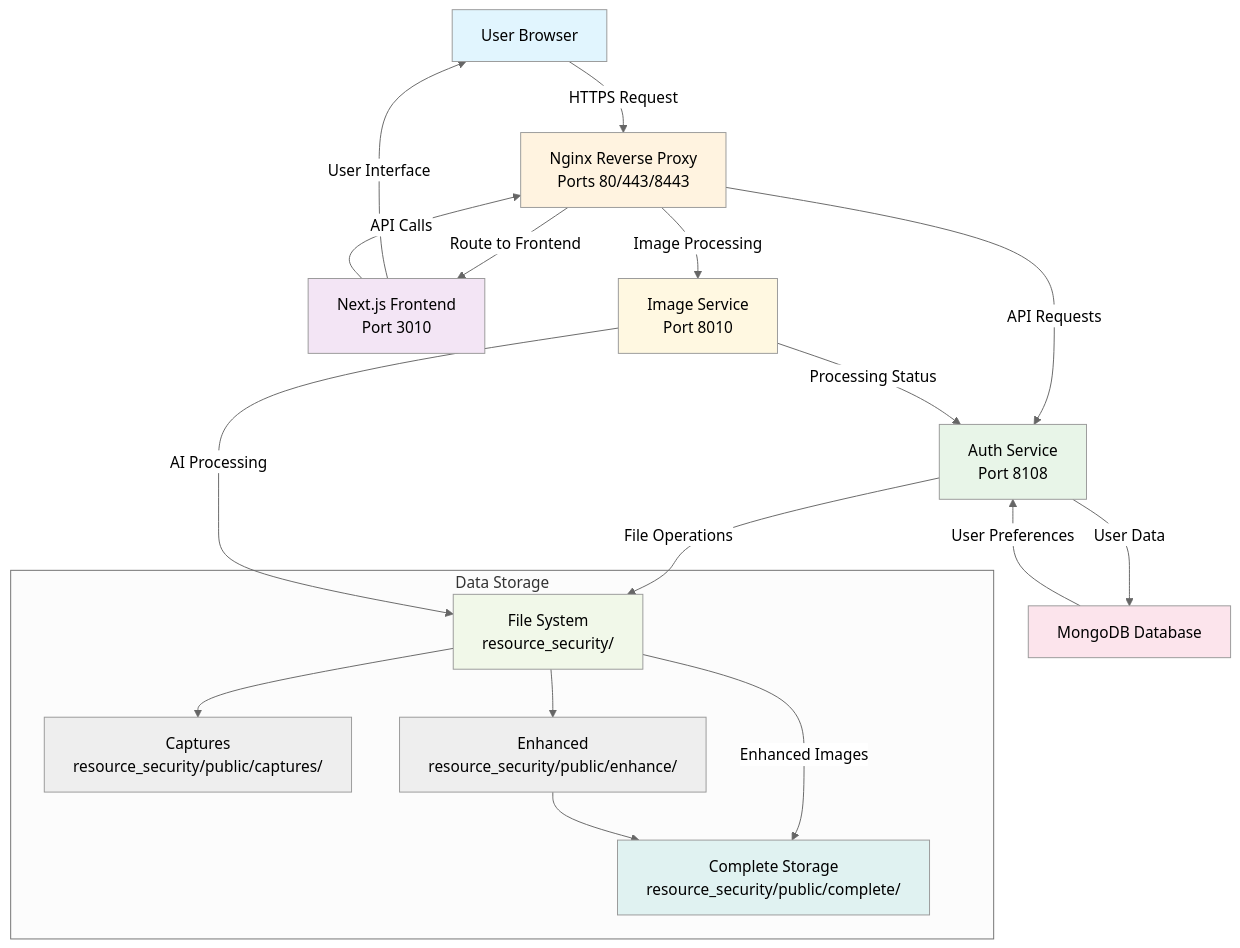
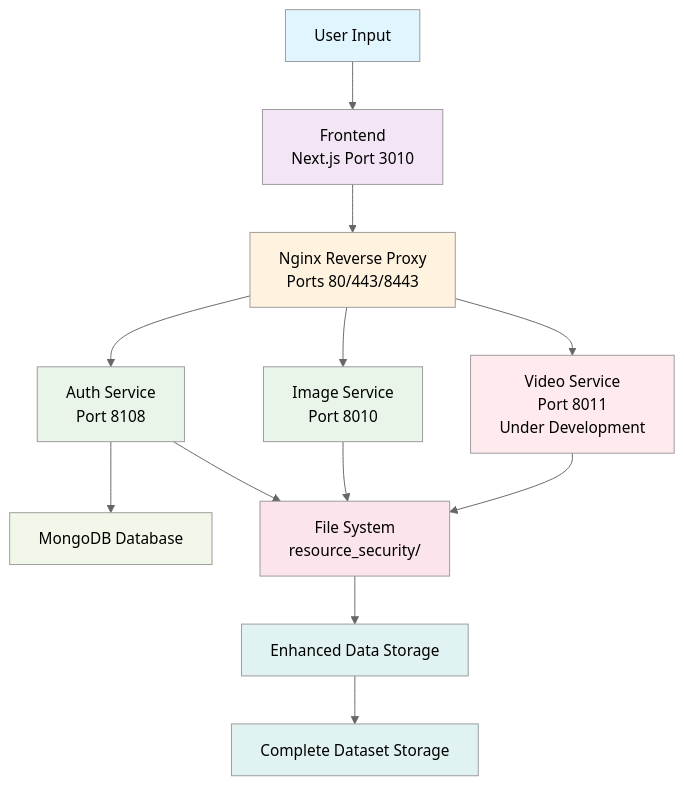
One commit to porchportal/Main_Web_EyeTracking changed the second of 2 diagrams in ARCHITECTURE_SEQUENCE_DIAGRAM.md. Above: the diagram before and after it, drawn with Mermaid (neutral theme). The commit also changed other lines of this file, not shown here.

````diff
--- a/ARCHITECTURE_SEQUENCE_DIAGRAM.md
+++ b/ARCHITECTURE_SEQUENCE_DIAGRAM.md
@@ -171,39 +171,28 @@
 ```mermaid
 flowchart TD
-    A[User Browser] -->|HTTPS Request| B[Nginx Reverse Proxy<br/>Ports 80/443/8443]
-    B -->|Route to Frontend| C[Next.js Frontend<br/>Port 3010]
-    B -->|API Requests| D[Auth Service<br/>Port 8108]
-    B -->|Image Processing| E[Image Service<br/>Port 8010]
+    A[User Input] --> B[Frontend<br/>Next.js Port 3010]
+    B --> C[Nginx Reverse Proxy<br/>Ports 80/443/8443]
     
-    C -->|User Interface| A
-    C -->|API Calls| B
+    C --> D[Auth Service<br/>Port 8108]
+    C --> E[Image Service<br/>Port 8010]
+    C --> F[Video Service<br/>Port 8011<br/>Under Development]
     
-    D -->|User Data| F[MongoDB Database]
-    D -->|File Operations| G[File System<br/>resource_security/]
+    D --> G[MongoDB Database]
+    D --> H[File System<br/>resource_security/]
+    E --> H
+    F --> H
     
-    E -->|AI Processing| G
-    E -->|Processing Status| D
-    
-    F -->|User Preferences| D
-    G -->|Enhanced Images| H[Complete Storage<br/>resource_security/public/complete/]
-    
-    subgraph "Data Storage"
-        G
-        H
-        I[Captures<br/>resource_security/public/captures/]
-        J[Enhanced<br/>resource_security/public/enhance/]
-    end
-    
-    G --> I
-    G --> J
-    J --> H
+    H --> I[Enhanced Data Storage]
+    I --> J[Complete Dataset Storage]
     
     style A fill:#e1f5fe
-    style B fill:#fff3e0
-    style C fill:#f3e5f5
+    style B fill:#f3e5f5
+    style C fill:#fff3e0
     style D fill:#e8f5e8
-    style E fill:#fff8e1
-    style F fill:#fce4ec
+    style E fill:#e8f5e8
+    style F fill:#ffebee
     style G fill:#f1f8e9
-    style H fill:#e0f2f1
+    style H fill:#fce4ec
+    style I fill:#e0f2f1
+    style J fill:#e0f2f1
 ```
````
